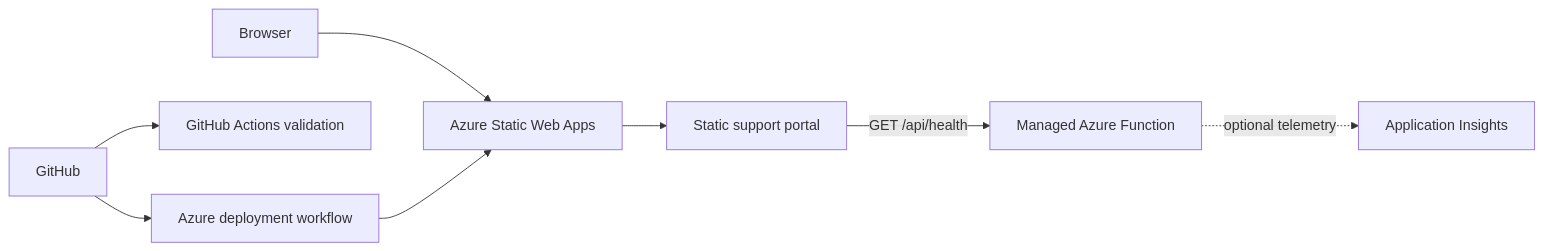
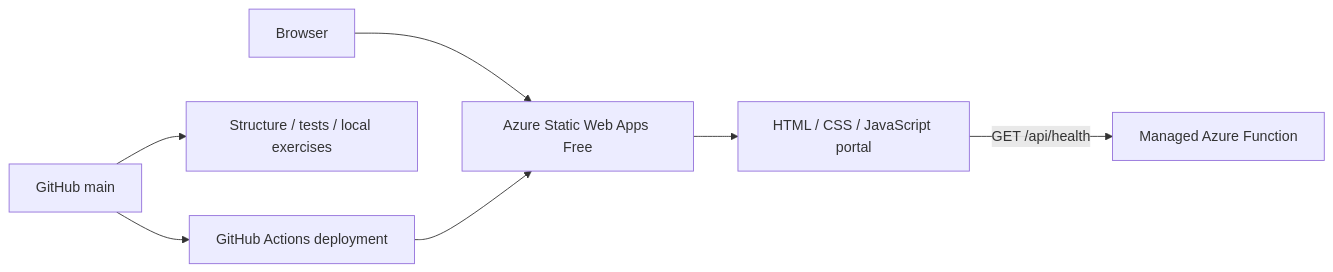
The diagram in README.md (luca-puckass-cloud/azure-support-operations-lab), drawn with Mermaid before and after one commit. The commit also changed other lines of this file and 30 other files, not shown here.

Commit message:
Complete Azure CSM lab with verified delivery and local recovery evidence

````diff
--- a/README.md
+++ b/README.md
@@ -45,10 +32,9 @@
 ```mermaid
 flowchart LR
-    User[Browser] --> SWA[Azure Static Web Apps]
-    SWA --> Frontend[Static support portal]
+    User[Browser] --> SWA[Azure Static Web Apps Free]
+    SWA --> Frontend[HTML / CSS / JavaScript portal]
     Frontend -->|GET /api/health| API[Managed Azure Function]
-    Repo[GitHub] --> Validation[GitHub Actions validation]
-    Repo --> Deployment[Azure deployment workflow]
+    Repo[GitHub main] --> Validation[Structure / tests / local exercises]
+    Repo --> Deployment[GitHub Actions deployment]
     Deployment --> SWA
-    API -. optional telemetry .-> Monitor[Application Insights]
 ```
````
